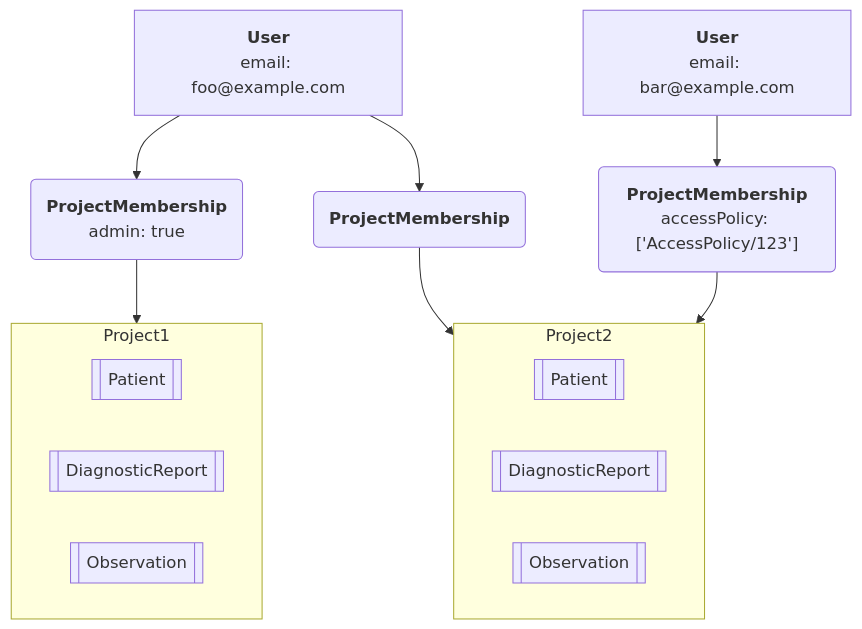
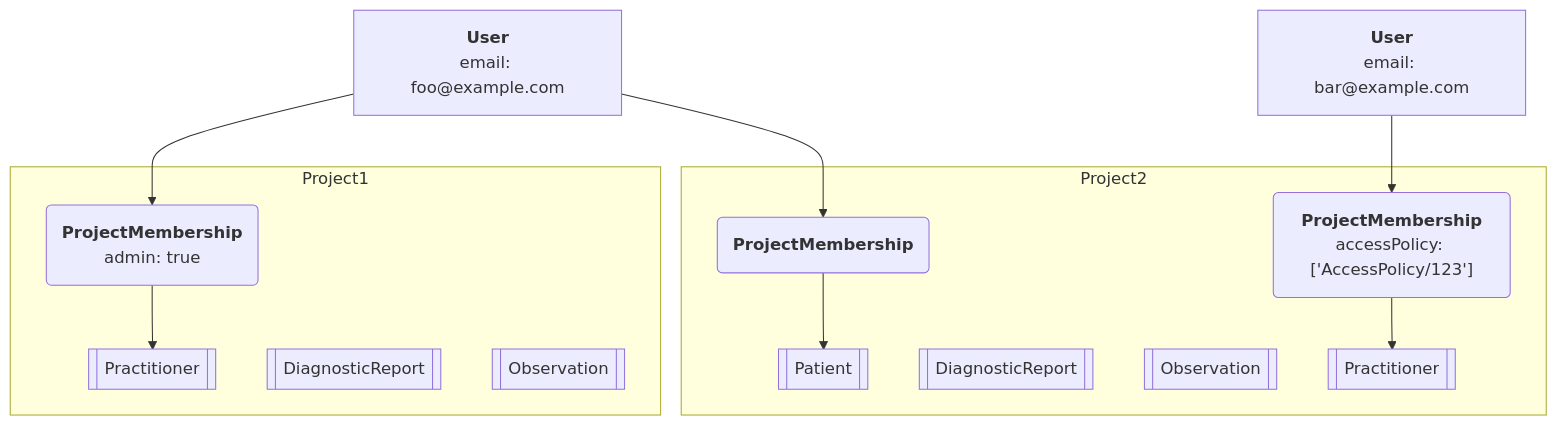
One commit to medplum/medplum changed the diagram in packages/docs/docs/auth/user-management-guide.md. Above: the diagram before and after it, drawn with Mermaid. The commit also changed other lines of this file, not shown here.

Commit message:
- Updated diagram - Updated language for profile resources - New headings

````diff
--- a/packages/docs/docs/auth/user-management-guide.md
+++ b/packages/docs/docs/auth/user-management-guide.md
@@ -27,25 +19,29 @@
 ```mermaid
 
 graph TD
 	User1["<strong>User</strong><br/>email: foo@example.com"]
 	User2["<strong>User</strong><br/>email: bar@example.com"]
 	PM1_1("<strong>ProjectMembership</strong><br/>admin: true")
 	PM1_2("<strong>ProjectMembership<strong>")
 	PM2_2("<strong>ProjectMembership</strong><br/>accessPolicy: ['AccessPolicy/123']")
-	subgraph Project1
-	  p1[[Patient]]
+
+  User1 -->PM1_1
+	User1 -->PM1_2
+	User2 -->PM2_2
+
+  subgraph Project1
+    PM1_1 --> p1
+	  p1[[Practitioner]]
 	  p2[[DiagnosticReport]]
 	  p3[[Observation]]
 	end
 	subgraph Project2
+    PM1_2 --> p4
 		p4[[Patient]]
 	  p5[[DiagnosticReport]]
 	  p6[[Observation]]
+    p7[[Practitioner]]
+    PM2_2 --> p7
 	end
-	User1 -->PM1_1
-	User1 -->PM1_2
-	User2 -->PM2_2
-	PM1_1 --> Project1
-	PM1_2 --> Project2
-	PM2_2 --> Project2
+
 ```
````
